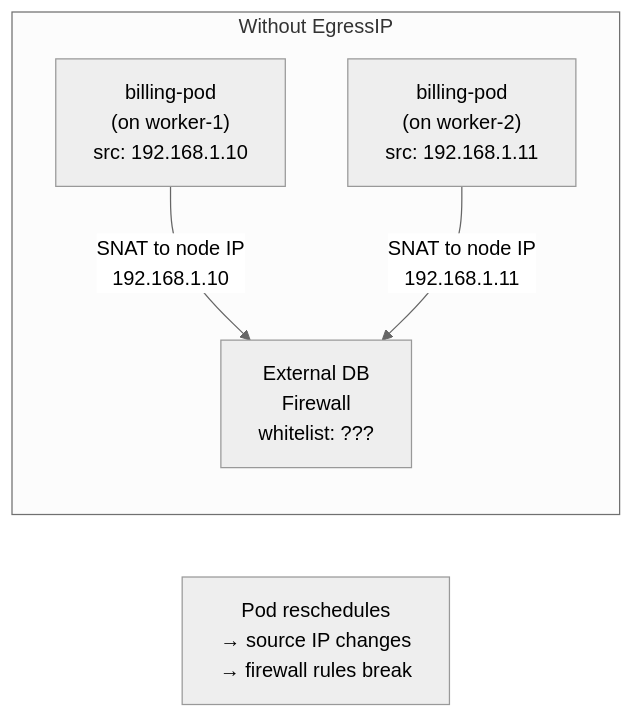
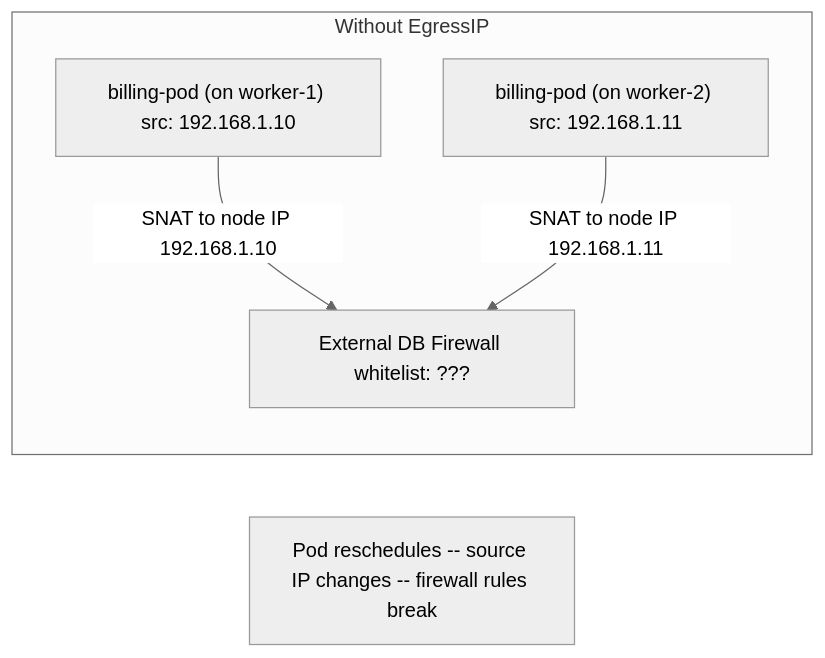
One commit to MykolaLebid/Kubernetes_networking_engineering changed the first of 3 diagrams in lessons/28-openshift-egress.md. Above: the diagram before and after it, drawn with Mermaid (neutral theme). The commit also changed other lines of this file and 35 other files, not shown here.

First line of the commit message:
Restructure all 34 lessons: Theory/Practice split, richer diagrams, industry examples, navigation

````diff
--- a/lessons/28-openshift-egress.md
+++ b/lessons/28-openshift-egress.md
@@ -38,11 +22,11 @@
 ```mermaid
 flowchart LR
     subgraph Without["Without EgressIP"]
-        P1A["billing-pod\n(on worker-1)\nsrc: 192.168.1.10"]
-        P1B["billing-pod\n(on worker-2)\nsrc: 192.168.1.11"]
-        FW["External DB\nFirewall\nwhitelist: ???"]
+        P1A["billing-pod (on worker-1) src: 192.168.1.10"]
+        P1B["billing-pod (on worker-2) src: 192.168.1.11"]
+        FW["External DB Firewall whitelist: ???"]
     end
-    P1A -- "SNAT to node IP\n192.168.1.10" --> FW
-    P1B -- "SNAT to node IP\n192.168.1.11" --> FW
-    note1["Pod reschedules\n→ source IP changes\n→ firewall rules break"]
+    P1A --"SNAT to node IP 192.168.1.10"--> FW
+    P1B --"SNAT to node IP 192.168.1.11"--> FW
+    note1["Pod reschedules -- source IP changes -- firewall rules break"]
 ```
````
